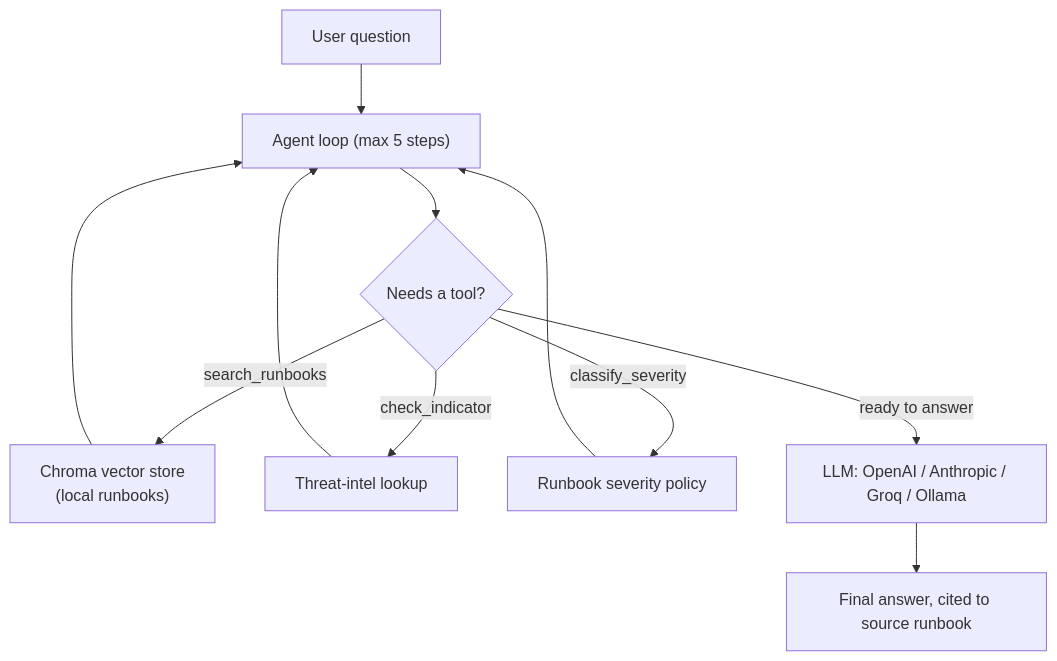
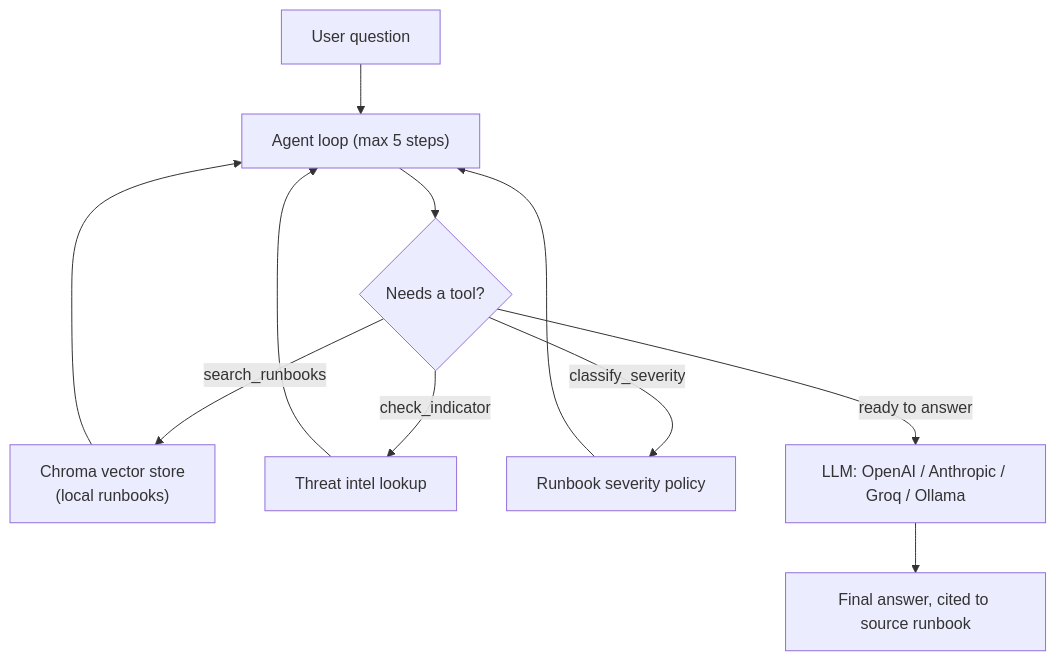
The diagram in README.md (jagadeesh-0101/secops-copilot), drawn with Mermaid before and after one commit. The commit also changed other lines of this file, not shown here.

````diff
--- a/README.md
+++ b/README.md
@@ -27,13 +29,13 @@
 ```mermaid
 flowchart TD
     U["User question"] --> A["Agent loop (max 5 steps)"]
     A --> T{"Needs a tool?"}
     T -->|"search_runbooks"| R["Chroma vector store<br/>(local runbooks)"]
-    T -->|"check_indicator"| I["Threat-intel lookup"]
+    T -->|"check_indicator"| I["Threat intel lookup"]
     T -->|"classify_severity"| S["Runbook severity policy"]
     R --> A
     I --> A
     S --> A
     T -->|"ready to answer"| L["LLM: OpenAI / Anthropic / Groq / Ollama"]
     L --> F["Final answer, cited to source runbook"]
 ```
````
